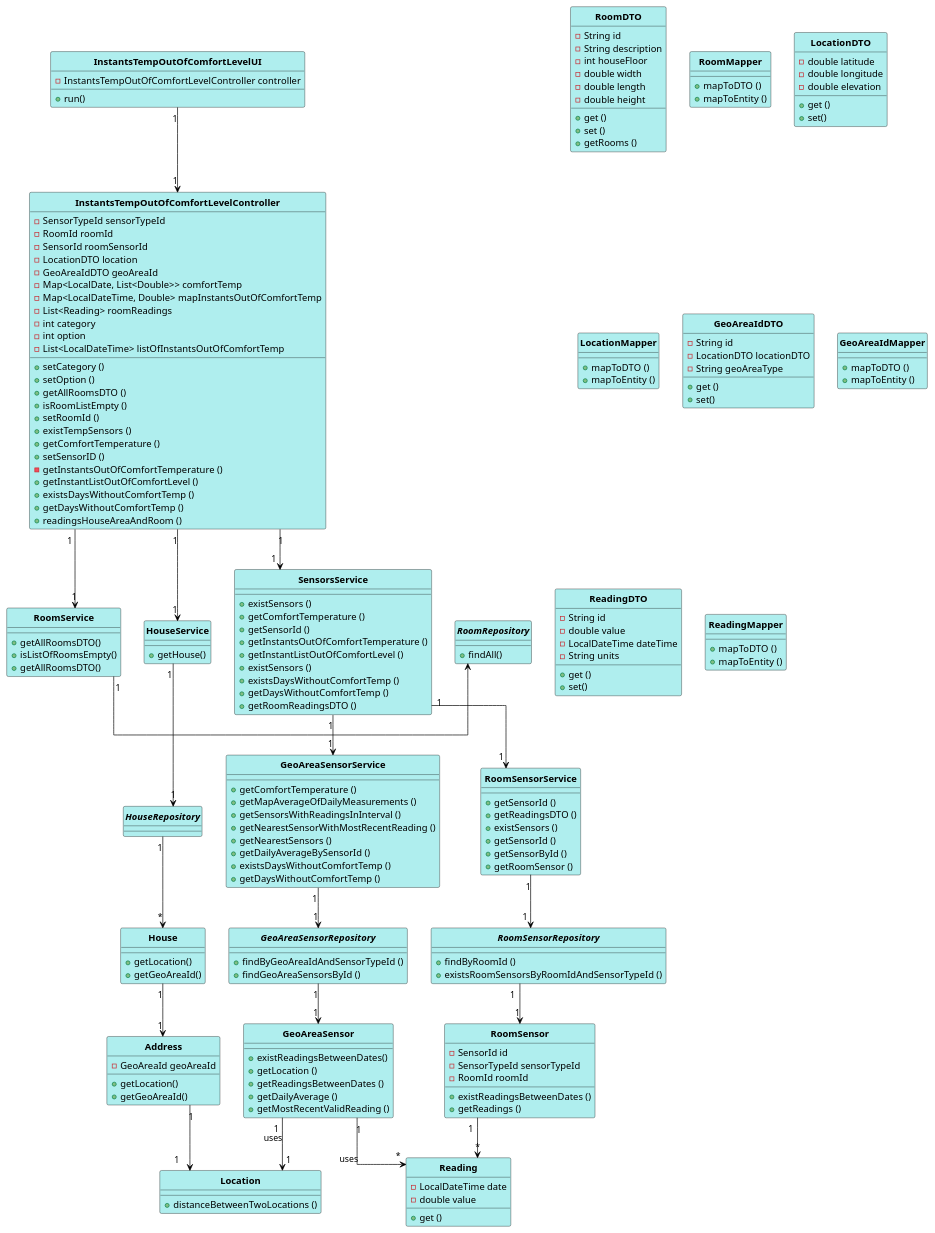
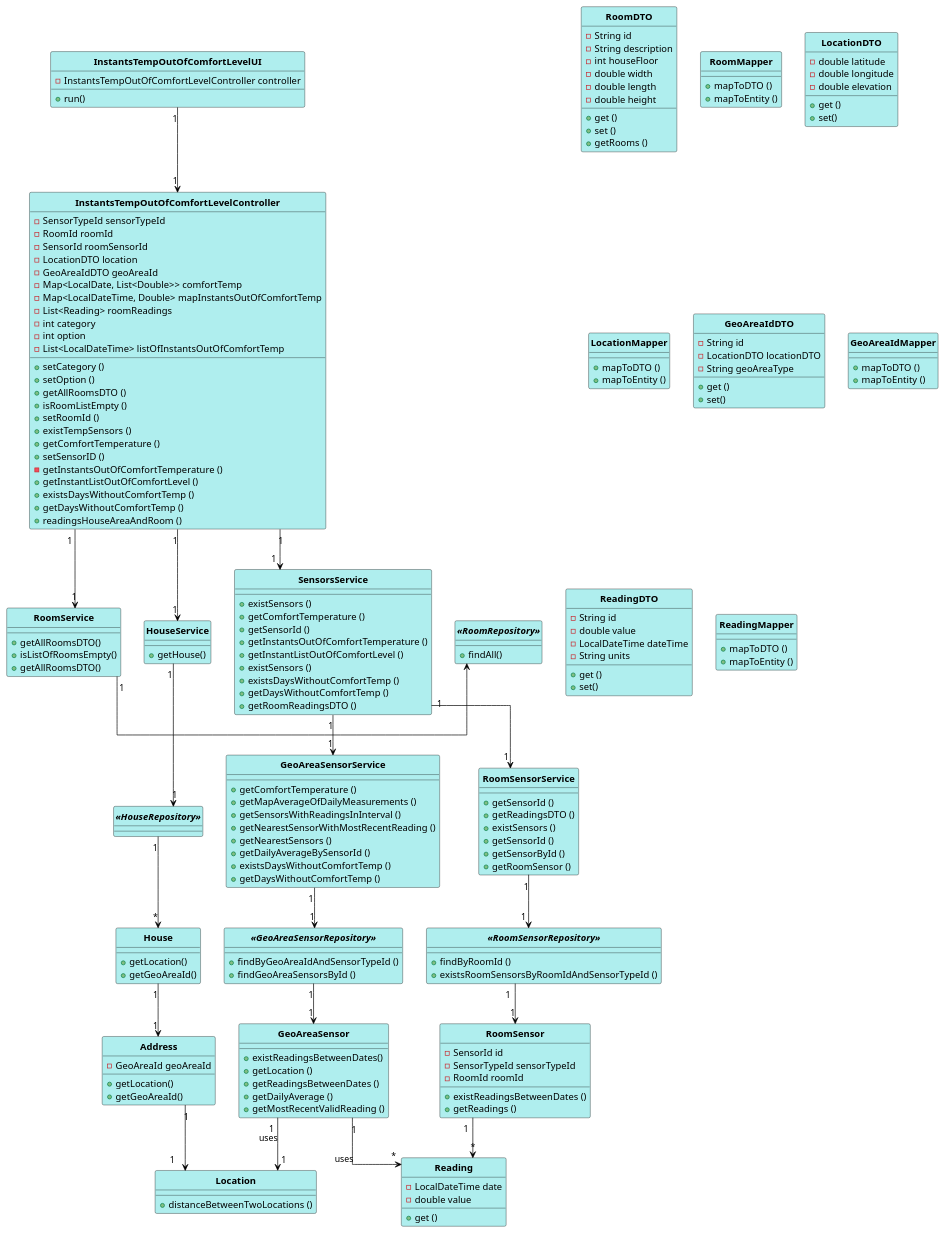
The diagram in src/main/java/pt/ipp/isep/dei/project/controllers/instantstempoutofcomfortlevelcontroller/CD_InstantsTempOutOfComfortLevel.puml (1181687/hateoasToy), drawn with PlantUML before and after one commit.

Commit message:
Addresses #233

```diff
--- a/src/main/java/pt/ipp/isep/dei/project/controllers/instantstempoutofcomfortlevelcontroller/CD_InstantsTempOutOfComfortLevel.puml
+++ b/src/main/java/pt/ipp/isep/dei/project/controllers/instantstempoutofcomfortlevelcontroller/CD_InstantsTempOutOfComfortLevel.puml
@@ -18,16 +18,16 @@
 InstantsTempOutOfComfortLevelController "1" --> "1" SensorsService
 SensorsService "1" --> "1" RoomSensorService
 SensorsService "1" --> "1" GeoAreaSensorService
-RoomSensorService "1" --> "1" RoomSensorRepository
-RoomSensorRepository "1" --> "1" RoomSensor
+RoomSensorService "1" --> "1" "<<RoomSensorRepository>>"
+"<<RoomSensorRepository>>" "1" --> "1" RoomSensor
 RoomSensor "1" --> "*" Reading
-GeoAreaSensorService "1" --> "1" GeoAreaSensorRepository
-GeoAreaSensorRepository "1" --> "1" GeoAreaSensor
+GeoAreaSensorService "1" --> "1" "<<GeoAreaSensorRepository>>"
+"<<GeoAreaSensorRepository>>" "1" --> "1" GeoAreaSensor
 GeoAreaSensor "1" --> "1" Location: uses
 GeoAreaSensor "1" --> "*" Reading: uses
-HouseService "1" --> "1" HouseRepository
-HouseRepository "1" --> "*" House
-RoomService "1" -> RoomRepository
+HouseService "1" --> "1" "<<HouseRepository>>"
+"<<HouseRepository>>" "1" --> "*" House
+RoomService "1" -> "<<RoomRepository>>"
 House "1" --> "1" Address
 Address "1" --> "1" Location
 
@@ -72,7 +72,7 @@
 + getAllRoomsDTO()
 }
 
-Interface RoomRepository {
+Interface "<<RoomRepository>>" {
 + findAll()
 }
 
@@ -96,7 +96,7 @@
 }
 
 
-Interface RoomSensorRepository {
+Interface "<<RoomSensorRepository>>" {
 + findByRoomId ()
 + existsRoomSensorsByRoomIdAndSensorTypeId ()
 }
@@ -116,7 +116,7 @@
 + getHouse()
 }
 
-Interface HouseRepository {
+Interface "<<HouseRepository>>" {
 }
 
 Class House {
@@ -192,7 +192,7 @@
 }
 
 
-Interface "GeoAreaSensorRepository" {
+Interface "<<GeoAreaSensorRepository>>" {
 + findByGeoAreaIdAndSensorTypeId ()
 + findGeoAreaSensorsById ()
 }
```
